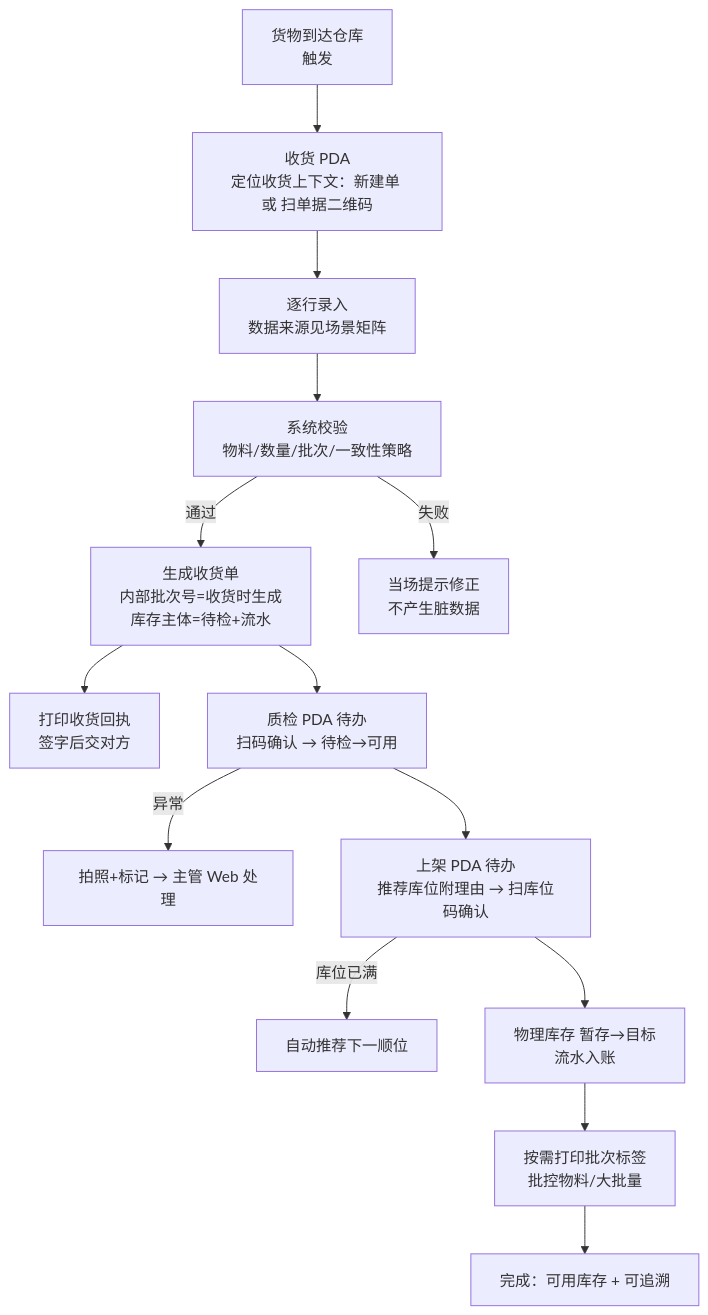
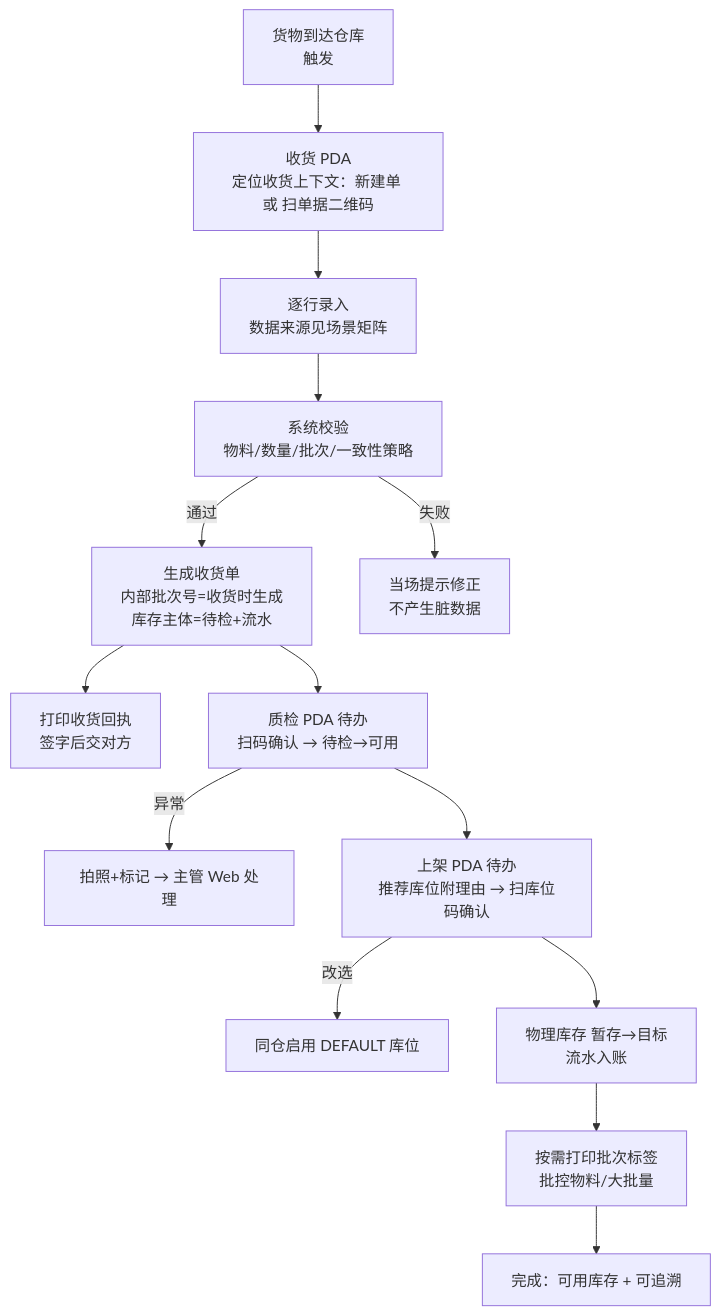
One commit to CSJ608/AWms changed the diagram in docs/product/workflows/收货链工作流-草案.md. Above: the diagram before and after it, drawn with Mermaid. The commit also changed other lines of this file and 16 other files, not shown here.

````diff
--- a/docs/product/workflows/收货链工作流-草案.md
+++ b/docs/product/workflows/收货链工作流-草案.md
@@ -8,16 +8,16 @@
 ```mermaid
 flowchart TD
     A[货物到达仓库<br/>触发] --> B[收货 PDA<br/>定位收货上下文：新建单 或 扫单据二维码]
     B --> B0[逐行录入<br/>数据来源见场景矩阵]
     B0 --> B1[系统校验<br/>物料/数量/批次/一致性策略]
     B1 -->|通过| B2[生成收货单<br/>内部批次号=收货时生成<br/>库存主体=待检+流水]
     B1 -->|失败| B3[当场提示修正<br/>不产生脏数据]
     B2 --> C[打印收货回执<br/>签字后交对方]
     B2 --> D[质检 PDA 待办<br/>扫码确认 → 待检→可用]
     D -->|异常| E[拍照+标记 → 主管 Web 处理]
     D --> F[上架 PDA 待办<br/>推荐库位附理由 → 扫库位码确认]
-    F -->|库位已满| F2[自动推荐下一顺位]
+    F -->|改选| F2[同仓启用 DEFAULT 库位]
     F --> G[物理库存 暂存→目标<br/>流水入账]
     G --> H[按需打印批次标签<br/>批控物料/大批量]
     H --> I[完成：可用库存 + 可追溯]
 ```
````
